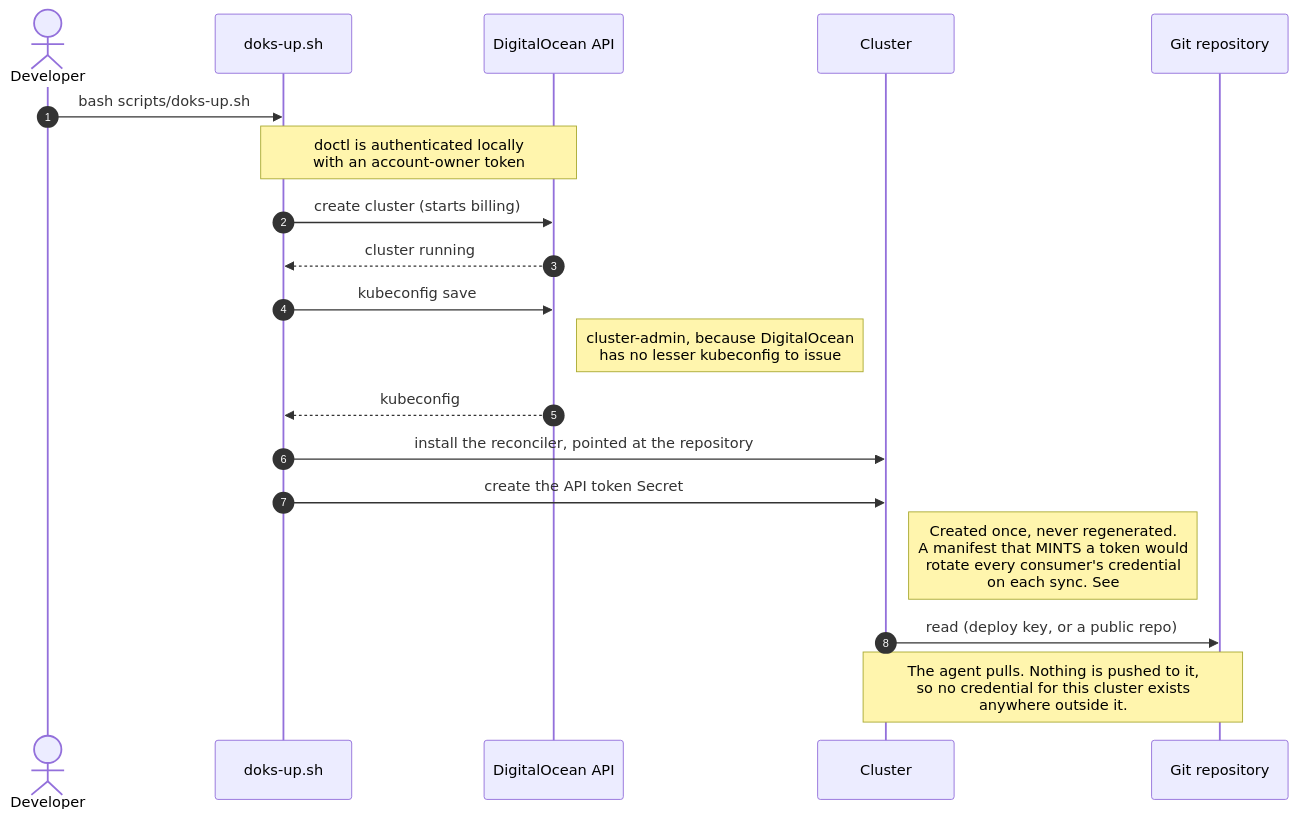
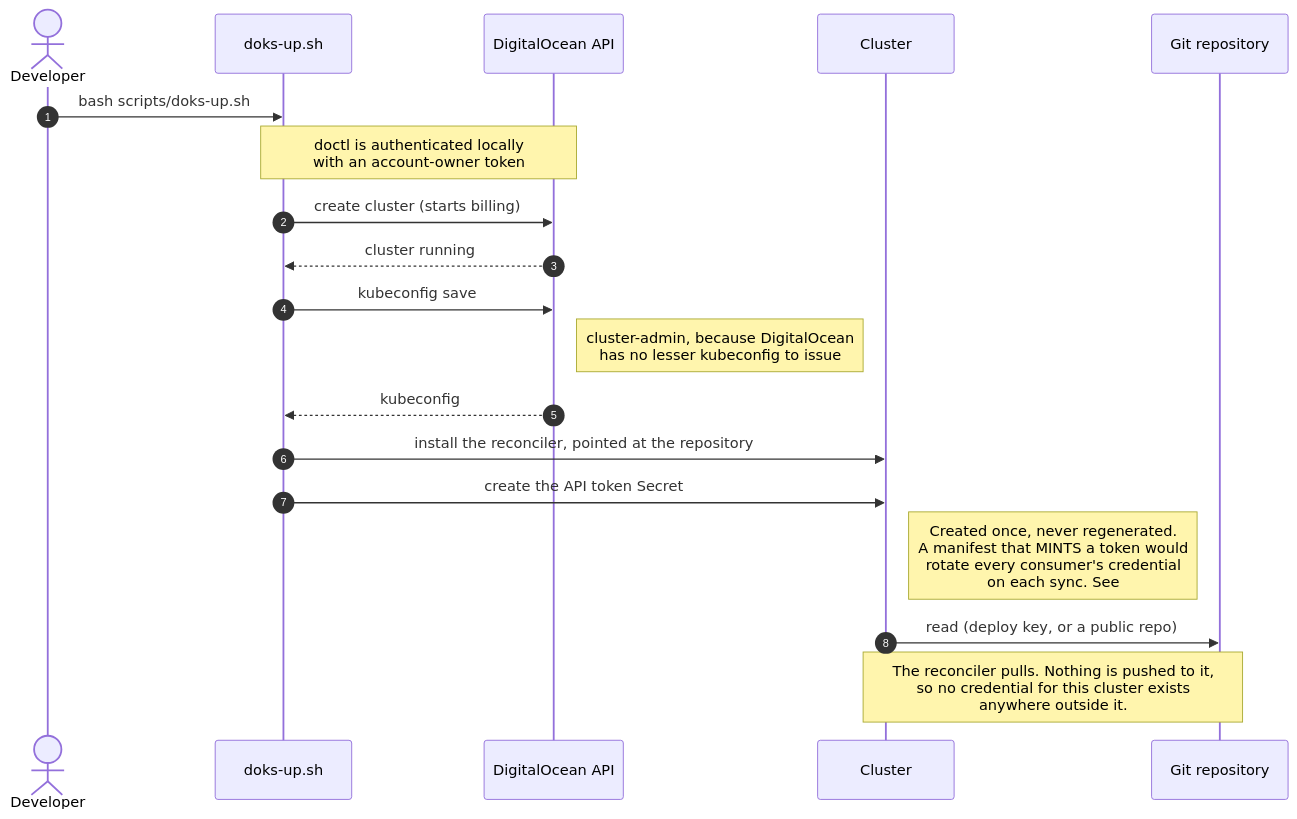
Before and after one commit to drigolabs/drigodb: the first of 4 diagrams in docs/diagrams/deploy-flow.md, drawn with Mermaid. The commit also changed other lines of this file and 1 other file, not shown here.

First line of the commit message:
docs: say reconciler, not agent

````diff
--- a/docs/diagrams/deploy-flow.md
+++ b/docs/diagrams/deploy-flow.md
@@ -26,25 +30,25 @@
 ```mermaid
 sequenceDiagram
     autonumber
     actor Dev as Developer
     participant Up as doks-up.sh
     participant DO as DigitalOcean API
     participant K8s as Cluster
     participant Repo as Git repository
 
     Dev->>Up: bash scripts/doks-up.sh
     Note over Up,DO: doctl is authenticated locally<br/>with an account-owner token
 
     Up->>DO: create cluster (starts billing)
     DO-->>Up: cluster running
     Up->>DO: kubeconfig save
     Note right of DO: cluster-admin, because DigitalOcean<br/>has no lesser kubeconfig to issue
     DO-->>Up: kubeconfig
 
     Up->>K8s: install the reconciler, pointed at the repository
     Up->>K8s: create the API token Secret
     Note right of K8s: Created once, never regenerated.<br/>A manifest that MINTS a token would<br/>rotate every consumer's credential<br/>on each sync. See #49.
 
     K8s->>Repo: read (deploy key, or a public repo)
-    Note over K8s,Repo: The agent pulls. Nothing is pushed to it,<br/>so no credential for this cluster exists<br/>anywhere outside it.
+    Note over K8s,Repo: The reconciler pulls. Nothing is pushed to it,<br/>so no credential for this cluster exists<br/>anywhere outside it.
 ```
````
